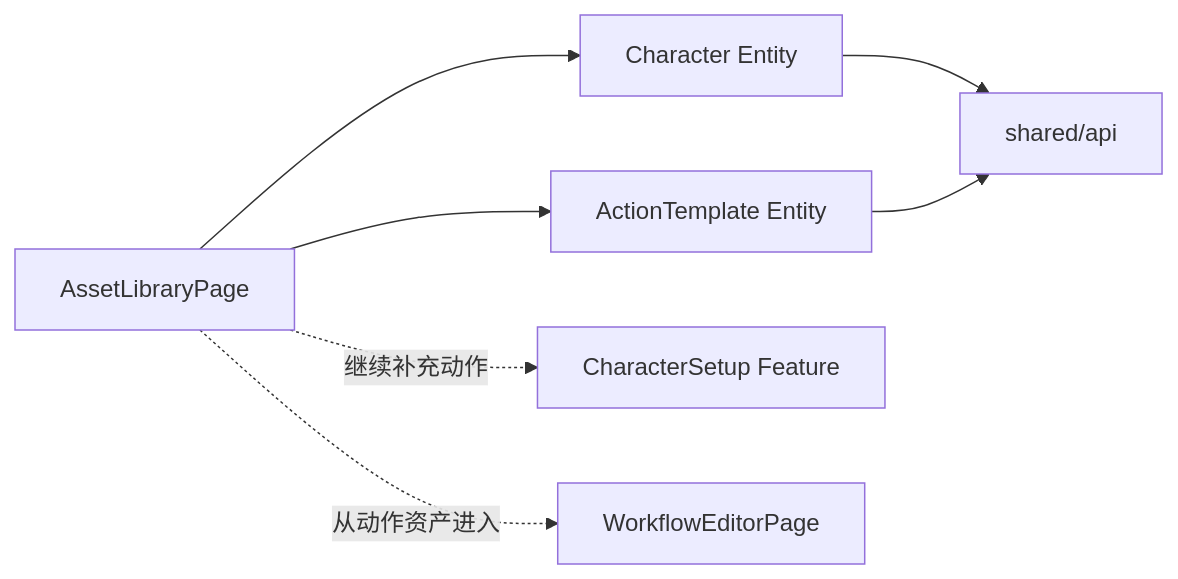
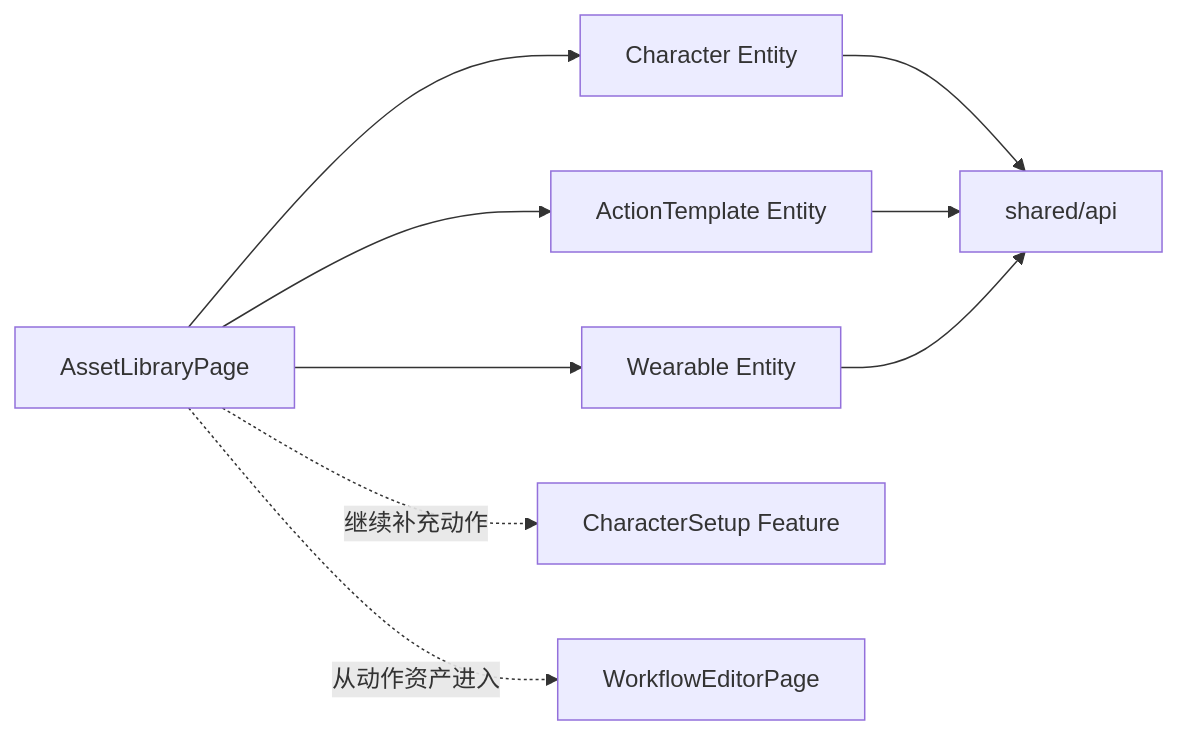
Before and after one commit to 1024XEngineer/Windup: the eighth of 10 diagrams in docs/frontend-architecture.md, drawn with Mermaid. The commit also changed other lines of this file, not shown here.

First line of the commit message:
docs(frontend-architecture): give Wearable the same page usage as ActionTemplate

````diff
--- a/docs/frontend-architecture.md
+++ b/docs/frontend-architecture.md
@@ -185,9 +185,11 @@
 ```mermaid
 flowchart LR
     page["AssetLibraryPage"] --> character["Character Entity"]
     page --> template["ActionTemplate Entity"]
+    page --> wearable["Wearable Entity"]
     page -. 继续补充动作 .-> charFeature["CharacterSetup Feature"]
     page -. 从动作资产进入 .-> workflow["WorkflowEditorPage"]
     character --> api["shared/api"]
     template --> api
+    wearable --> api
 ```
````
